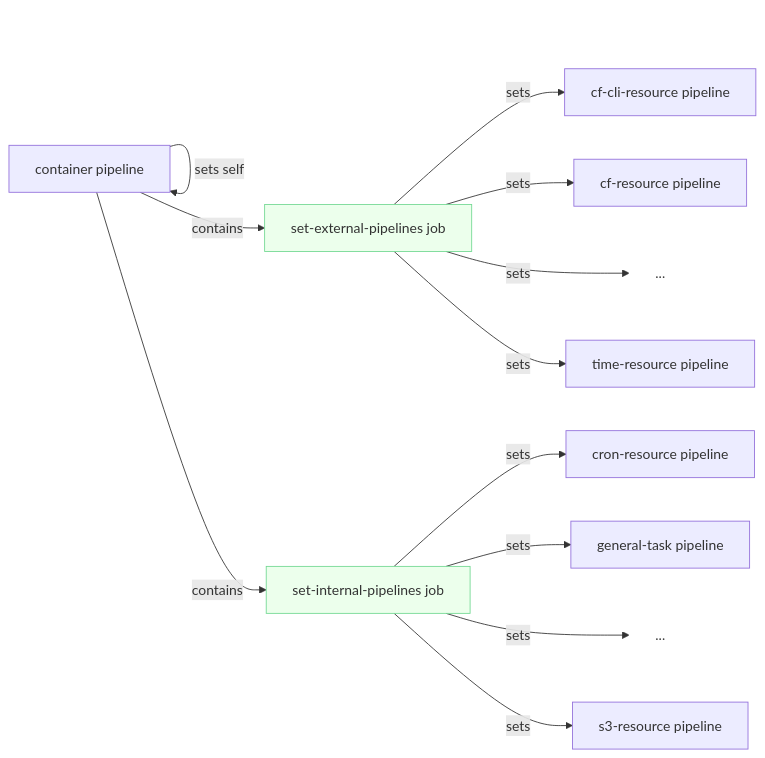
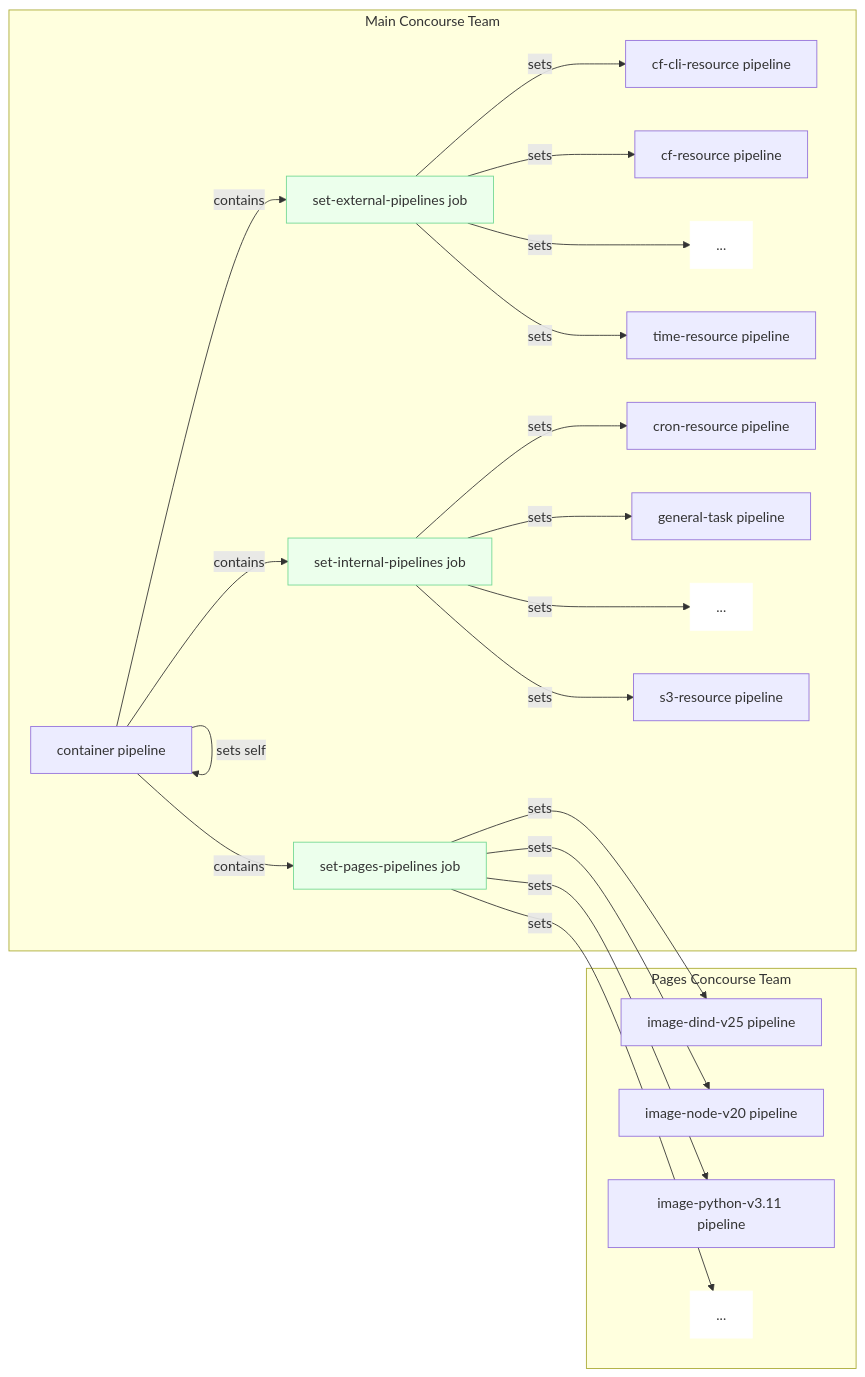
The diagram in README.md (cloud-gov/common-pipelines), drawn with Mermaid before and after one commit. The commit also changed 2 other files, not shown here.

Commit message:
pages: Add Pages python image pipeline

````diff
--- a/README.md
+++ b/README.md
@@ -25,19 +25,29 @@
 ```mermaid
 flowchart LR
     classDef ellipses fill:#ffffff,stroke:#ffffff
     classDef job fill:#ecffec,stroke:#73d893
 
-    container["container pipeline"]
-    container -->|sets self| container
-    container -->|contains| external["set-external-pipelines job"]:::job
-    container -->|contains| internal["set-internal-pipelines job"]:::job
+    subgraph Main Concourse Team
+        container["container pipeline"]
+        container -->|sets self| container
+        container -->|contains| external["set-external-pipelines job"]:::job
+        container -->|contains| internal["set-internal-pipelines job"]:::job
+        container -->|contains| pages["set-pages-pipelines job"]:::job
 
-    external -->|sets| cf-cli-resource["cf-cli-resource pipeline"]
-    external -->|sets| cf-resource["cf-resource pipeline"]
-    external -->|sets| external-etc["..."]:::ellipses
-    external -->|sets| time-resource["time-resource pipeline"]
-    internal -->|sets| cron-resource["cron-resource pipeline"]
-    internal -->|sets| general-task["general-task pipeline"]
-    internal -->|sets| internal-etc["..."]:::ellipses
-    internal -->|sets| s3-resource["s3-resource pipeline"]
+        external -->|sets| cf-cli-resource["cf-cli-resource pipeline"]
+        external -->|sets| cf-resource["cf-resource pipeline"]
+        external -->|sets| external-etc["..."]:::ellipses
+        external -->|sets| time-resource["time-resource pipeline"]
+        internal -->|sets| cron-resource["cron-resource pipeline"]
+        internal -->|sets| general-task["general-task pipeline"]
+        internal -->|sets| internal-etc["..."]:::ellipses
+        internal -->|sets| s3-resource["s3-resource pipeline"]
+    end
+    
+    subgraph Pages Concourse Team
+        pages -->|sets| pages-dind-v25["image-dind-v25 pipeline"]
+        pages -->|sets| pages-node-v20["image-node-v20 pipeline"]
+        pages -->|sets| pages-python-v3["image-python-v3.11 pipeline"]
+        pages -->|sets| pages-etc["..."]:::ellipses
+    end
 ```
````
